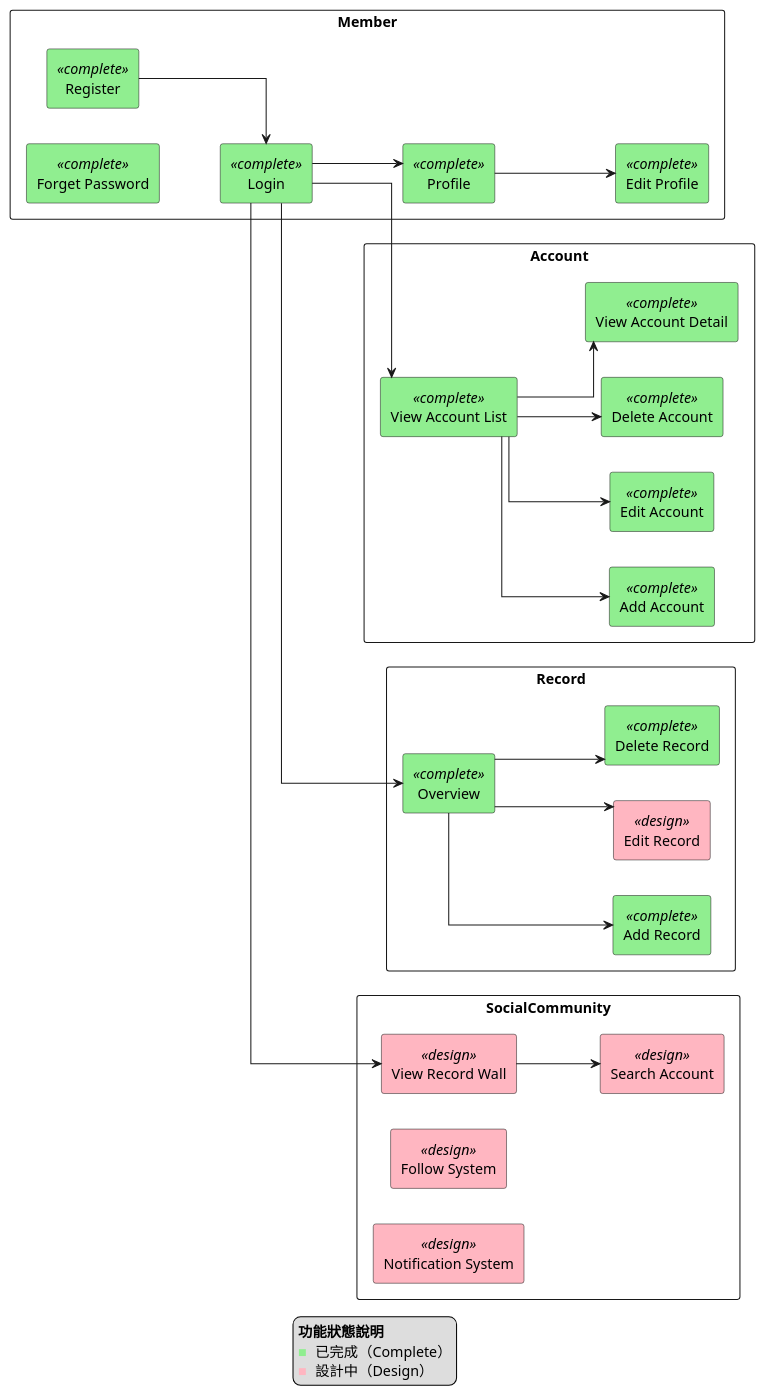
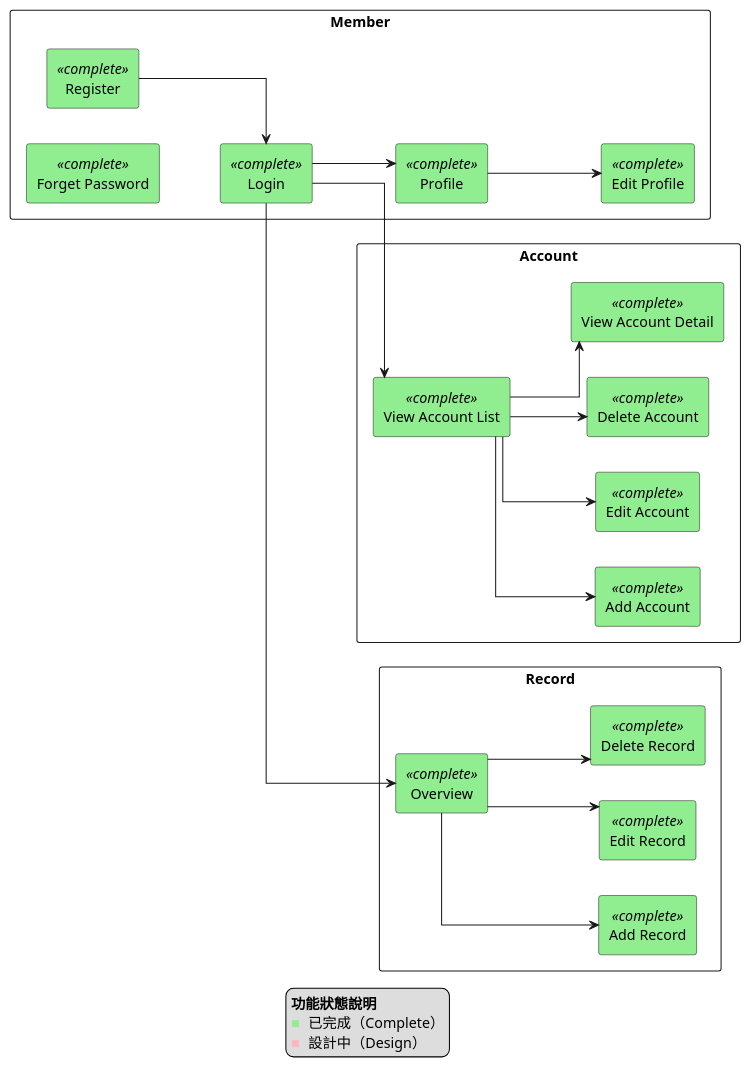
Before and after one commit to honeykokia/community-springboot: the diagram in src/main/java/com/example/demo/docs/functional-map.puml, drawn with PlantUML. The commit also changed 6 other files, not shown here.

```diff
--- a/src/main/java/com/example/demo/docs/functional-map.puml
+++ b/src/main/java/com/example/demo/docs/functional-map.puml
@@ -1,61 +1,52 @@
 @startuml
 left to right direction
 skinparam rectangle {
     BackgroundColor<<design>> LightPink
     BackgroundColor<<complete>> LightGreen
 }
 skinparam Linetype ortho
 skinparam packageStyle rectangle
 package Member{
     rectangle "Login" <<complete>> as login
     rectangle "Register" <<complete>> as register
     rectangle "Forget Password" <<complete>> as forgetPw
     rectangle "Profile" <<complete>> as userProfile
     rectangle "Edit Profile" <<complete>> as editProfile
 }
 
 package Account{
     rectangle "View Account List" <<complete>> as viewAccountList
     rectangle "Add Account" <<complete>> as addAccount
     rectangle "Edit Account" <<complete>> as editAccount
     rectangle "Delete Account" <<complete>> as deleteAccount
     rectangle "View Account Detail" <<complete>> as viewAccountDetail
 }
 
 package Record{
     rectangle "Overview" <<complete>> as overview
     rectangle "Add Record" <<complete>> as addRecord
-    rectangle "Edit Record" <<design>> as editRecord
+    rectangle "Edit Record" <<complete>> as editRecord
     rectangle "Delete Record" <<complete>> as deleteRecord
-}
-
-package SocialCommunity{
-    rectangle "View Record Wall" <<design>> as viewRecordWall
-    rectangle "Search Account" <<design>> as searchAccount
-    rectangle "Follow System" <<design>> as followSystem
-    rectangle "Notification System" <<design>> as notificationSystem
 }
 
 register --> login
 login --> viewAccountList
 login --> userProfile
 login --> overview
-login --> viewRecordWall
 userProfile --> editProfile
 viewAccountList --> addAccount
 viewAccountList --> editAccount
 viewAccountList --> deleteAccount
 viewAccountList --> viewAccountDetail
 overview --> addRecord
 overview --> editRecord
 overview --> deleteRecord
-viewRecordWall --> searchAccount
 
 
 legend
   <b>功能狀態說明</b>
   <color:LightGreen>■</color> 已完成（Complete）
   <color:LightPink>■</color> 設計中（Design）
 endlegend
 
 @enduml
```
